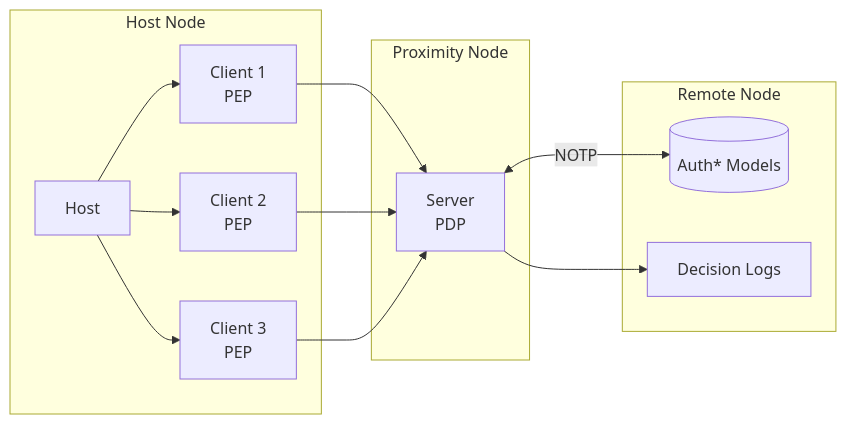
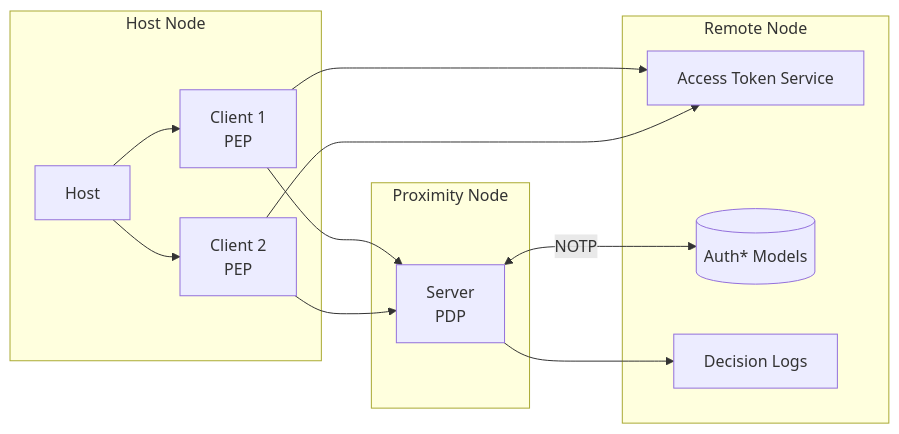
One commit to ztauthstar/ztauthstar changed the diagram in content/openprotocolspec/2025-04-05/architecture/_index.md. Above: the diagram before and after it, drawn with Mermaid.

Commit message:
refactor: docs: working on spec

````diff
--- a/content/openprotocolspec/2025-04-05/architecture/_index.md
+++ b/content/openprotocolspec/2025-04-05/architecture/_index.md
@@ -31,27 +31,27 @@
 ```mermaid
 graph LR
     subgraph "Host Node"
         H[Host]
         C1[Client 1 <br> PEP]
         C2[Client 2 <br> PEP]
-        C3[Client 3 <br> PEP]
         H --> C1
         H --> C2
-        H --> C3
     end
 
     subgraph "Proximity Node"
         S1[Server <br> PDP]
         C1 --> S1
         C2 --> S1
-        C3 --> S1
     end
 
     subgraph "Remote Node"
+        ATS["Access Token Service"]
         MR[("Auth* Models")]
         DL[Decision Logs]
 
+        C1 --> ATS
+        C2 --> ATS
         S1 <-- "NOTP" -->  MR
         S1 --> DL
     end
 ```
````
